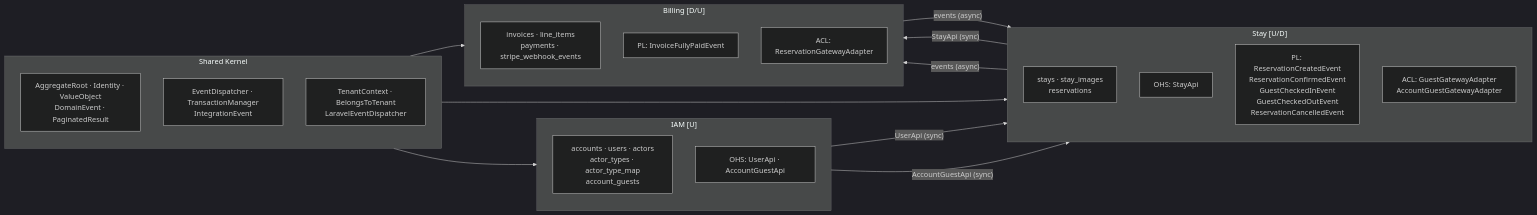
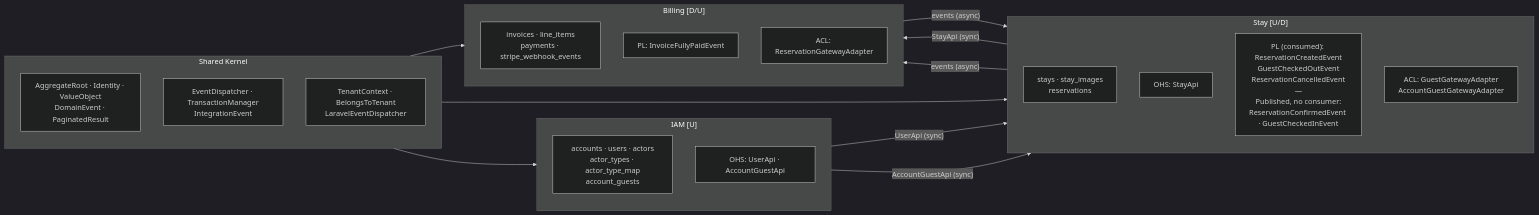
Before and after one commit to sahdoio/guesthub: the diagram in docs/architecture.md, drawn with Mermaid (dark theme). The commit also changed other lines of this file, not shown here.

````diff
--- a/docs/architecture.md
+++ b/docs/architecture.md
@@ -135,40 +137,40 @@
 ```mermaid
 graph LR
     subgraph SK["Shared Kernel"]
         direction TB
         SK_D["AggregateRoot · Identity · ValueObject<br/>DomainEvent · PaginatedResult"]
         SK_A["EventDispatcher · TransactionManager<br/>IntegrationEvent"]
         SK_I["TenantContext · BelongsToTenant<br/>LaravelEventDispatcher"]
     end
 
     subgraph IAM["IAM [U]"]
         direction TB
         IAM_T["accounts · users · actors<br/>actor_types · actor_type_map<br/>account_guests"]
         IAM_API["OHS: UserApi · AccountGuestApi"]
     end
 
     subgraph Stay["Stay [U/D]"]
         direction TB
         Stay_T["stays · stay_images<br/>reservations"]
         Stay_API["OHS: StayApi"]
-        Stay_PL["PL: ReservationCreatedEvent<br/>ReservationConfirmedEvent<br/>GuestCheckedInEvent<br/>GuestCheckedOutEvent<br/>ReservationCancelledEvent"]
+        Stay_PL["PL (consumed): ReservationCreatedEvent<br/>GuestCheckedOutEvent<br/>ReservationCancelledEvent<br/>—<br/>Published, no consumer:<br/>ReservationConfirmedEvent · GuestCheckedInEvent"]
         Stay_ACL["ACL: GuestGatewayAdapter<br/>AccountGuestGatewayAdapter"]
     end
 
     subgraph Billing["Billing [D/U]"]
         direction TB
         Billing_T["invoices · line_items<br/>payments · stripe_webhook_events"]
         Billing_PL["PL: InvoiceFullyPaidEvent"]
         Billing_ACL["ACL: ReservationGatewayAdapter"]
     end
 
     IAM_API -- "UserApi (sync)" --> Stay_ACL
     IAM_API -- "AccountGuestApi (sync)" --> Stay_ACL
     Stay_API -- "StayApi (sync)" --> Billing_ACL
     Stay_PL -- "events (async)" --> Billing
     Billing_PL -- "events (async)" --> Stay
 
     SK --> IAM
     SK --> Stay
     SK --> Billing
 ```
````
